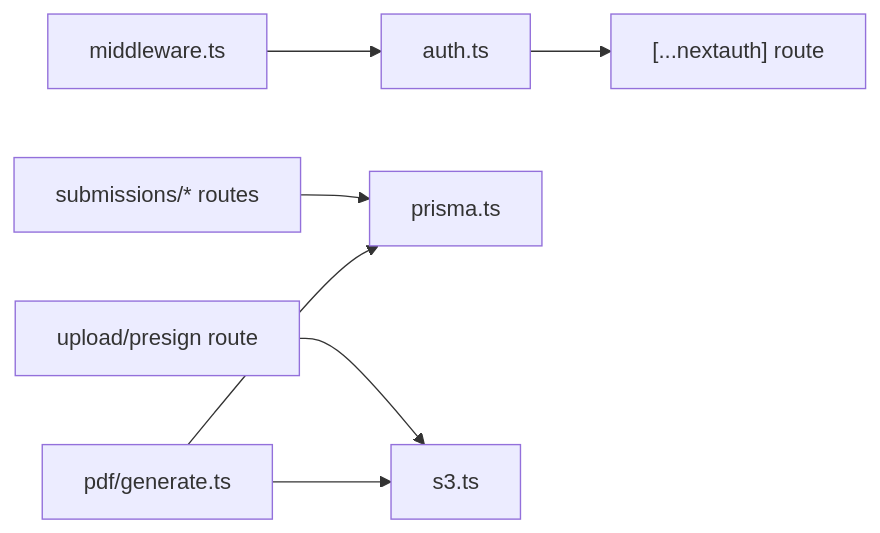
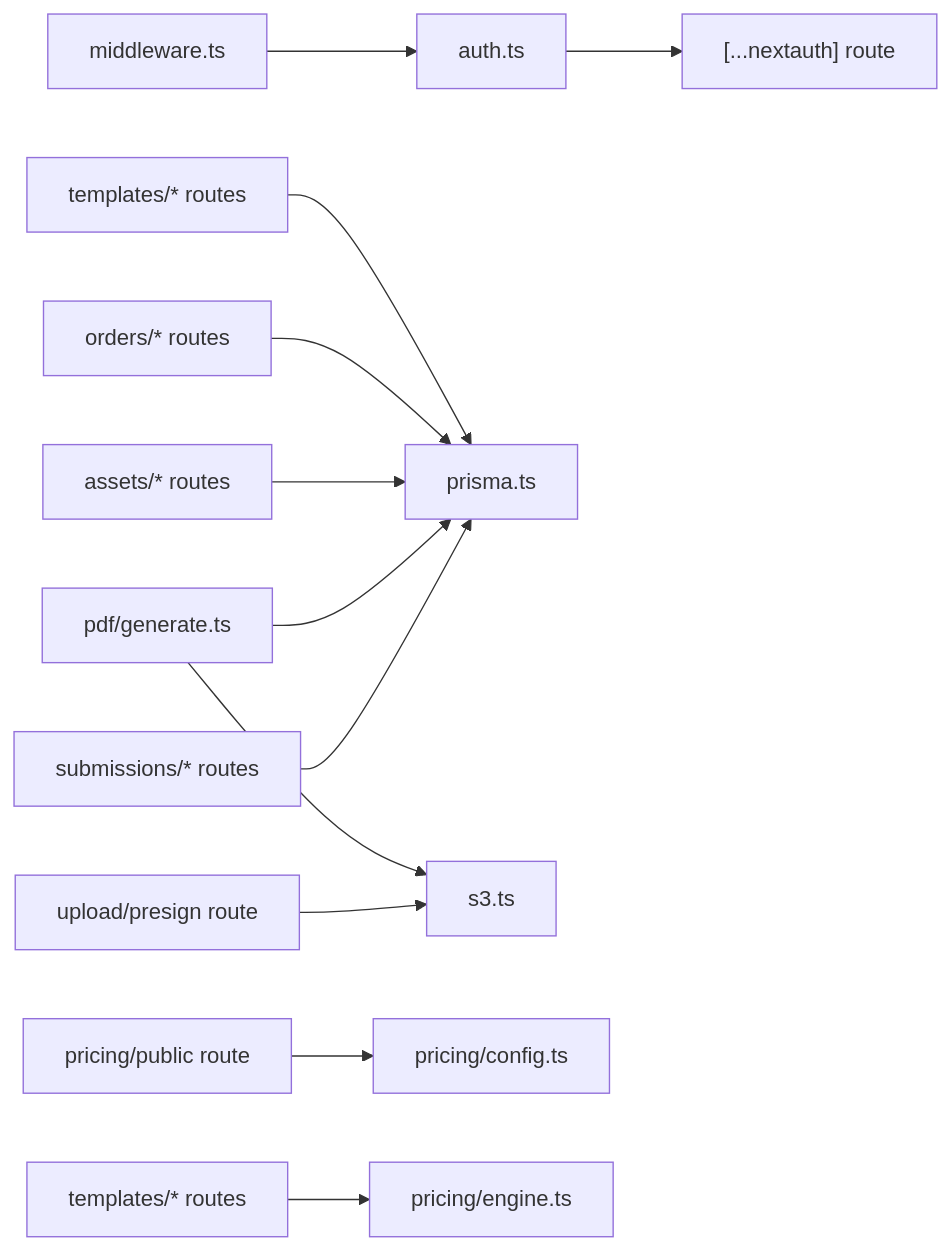
The fifth of 5 diagrams in .qoder/repowiki/en/content/API Reference/API Reference.md (Crowdspender/titchybooks-app), drawn with Mermaid before and after one commit. The commit also changed other lines of this file and 62 other files, not shown here.

````diff
--- a/.qoder/repowiki/en/content/API Reference/API Reference.md
+++ b/.qoder/repowiki/en/content/API Reference/API Reference.md
@@ -452,9 +772,14 @@
 ```mermaid
 graph LR
 A["auth.ts"] --> B["[...nextauth] route"]
 C["submissions/* routes"] --> D["prisma.ts"]
 E["upload/presign route"] --> F["s3.ts"]
 G["pdf/generate.ts"] --> F
 G --> D
 H["middleware.ts"] --> A
+I["assets/* routes"] --> D
+J["orders/* routes"] --> D
+K["pricing/public route"] --> L["pricing/config.ts"]
+M["templates/* routes"] --> D
+N["templates/* routes"] --> O["pricing/engine.ts"]
 ```
````
